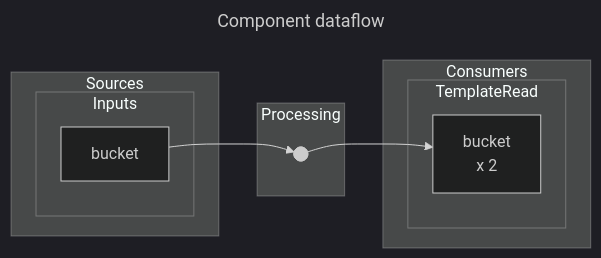
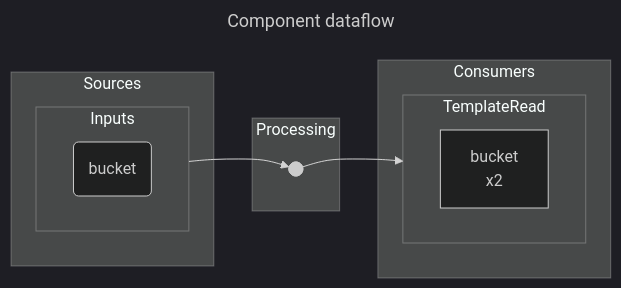
Before and after one commit to earthdmitriy/rx-evo: the first of 2 diagrams in src/app/components/content/client-bucket/client-bucket.component.dataflow.md, drawn with Mermaid (dark theme). The commit also changed other lines of this file and 39 other files, not shown here.

Commit message:
updated dataflow diagrams

````diff
--- a/src/app/components/content/client-bucket/client-bucket.component.dataflow.md
+++ b/src/app/components/content/client-bucket/client-bucket.component.dataflow.md
@@ -3,29 +3,31 @@
 ```mermaid
 ---
 title: Component dataflow
 ---
 graph LR
     subgraph Sources
         subgraph Inputs
-            Source_bucket["
+            direction LR
+            Source_bucket("
                 bucket
-            "]
+            ")
         end
     end
     subgraph Processing
         Processing_bucket@{ shape: f-circ, label: "Junction" }
     end
     subgraph Consumers
         subgraph TemplateRead
+            direction LR
             Consumer_bucket["
                 bucket
-x            2
+                x2
             "]
         end
     end
     Sources ~~~ Processing
     Processing ~~~ Consumers
     Source_bucket --> Processing_bucket
     Processing_bucket --> Consumer_bucket
 
 ```
````
